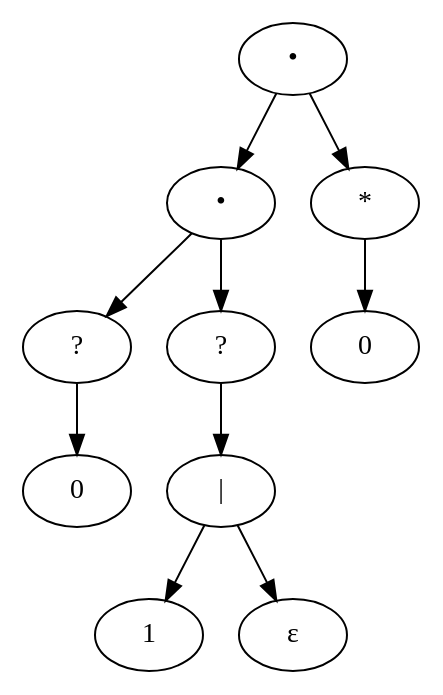
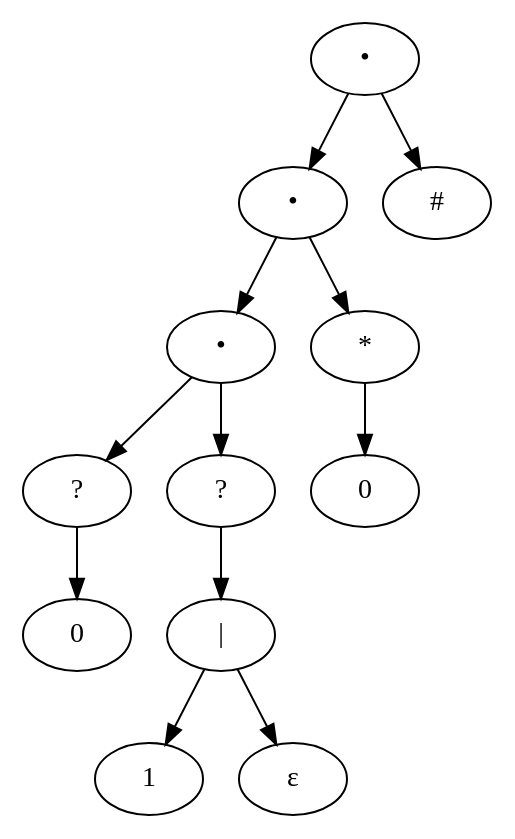
Before and after one commit to Yong-Park/Lab_A_DL_UVG_2023: the diagram in tree.gv, drawn with Graphviz. The commit also changed 3 other files, not shown here.

```diff
--- a/tree.gv
+++ b/tree.gv
@@ -1,21 +1,25 @@
 digraph {
-	27842192 [label="•"]
-	27842192 -> 27841904
-	27841904 [label="•"]
-	27841904 -> 27841424
-	27841424 [label="?"]
-	27841424 -> 27841328
-	27841328 [label=0]
-	27841904 -> 27841808
-	27841808 [label="?"]
-	27841808 -> 27841712
-	27841712 [label="|"]
-	27841712 -> 27841520
-	27841520 [label=1]
-	27841712 -> 27841616
-	27841616 [label="ε"]
-	27842192 -> 27842096
-	27842096 [label="*"]
-	27842096 -> 27842000
-	27842000 [label=0]
+	27859680 [label="•"]
+	27859680 -> 27859344
+	27859344 [label="•"]
+	27859344 -> 27859392
+	27859392 [label="•"]
+	27859392 -> 27859296
+	27859296 [label="?"]
+	27859296 -> 27859440
+	27859440 [label=0]
+	27859392 -> 27860112
+	27860112 [label="?"]
+	27860112 -> 27858960
+	27858960 [label="|"]
+	27858960 -> 27860160
+	27860160 [label=1]
+	27858960 -> 27859920
+	27859920 [label="ε"]
+	27859344 -> 27859536
+	27859536 [label="*"]
+	27859536 -> 27860064
+	27860064 [label=0]
+	27859680 -> 27859872
+	27859872 [label="#"]
 }
```
